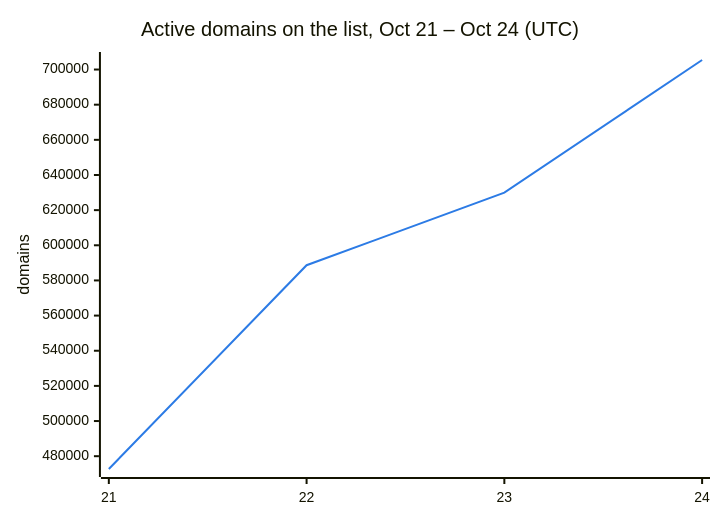
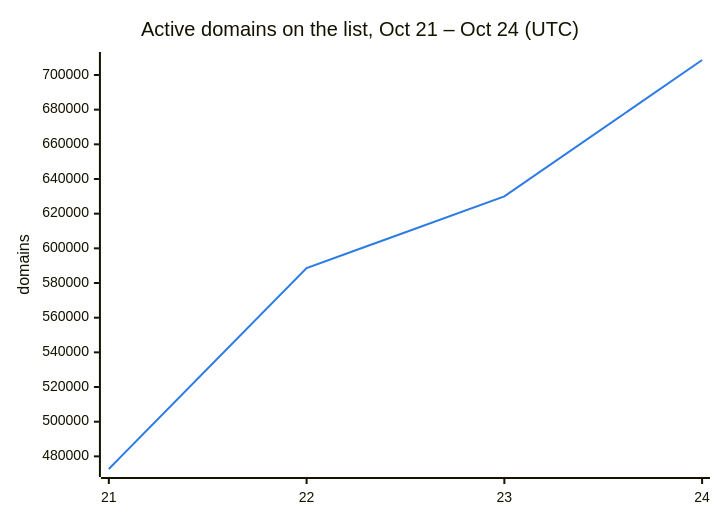
One commit to DNSBunker/CTI changed the second of 3 diagrams in README.md. Above: the diagram before and after it, drawn with Mermaid. The commit also changed other lines of this file and 3 other files, not shown here.

````diff
--- a/README.md
+++ b/README.md
@@ -38,8 +38,8 @@
 ```mermaid
 %%{init: {"themeVariables": {"xyChart": {"plotColorPalette": "#2c7be5"}}}}%%
 xychart-beta
     title "Active domains on the list, Oct 21 – Oct 24 (UTC)"
     x-axis ["21", "22", "23", "24"]
     y-axis "domains"
-    line [472713, 588659, 629951, 705422]
+    line [472713, 588659, 629951, 708644]
 ```
````
